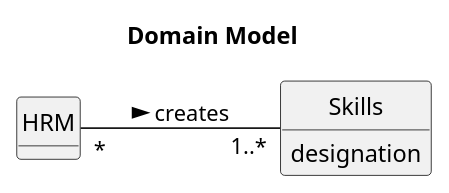
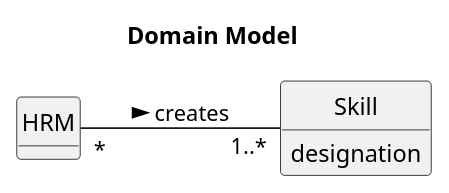
Before and after one commit to ricardomm7/leaflink: the diagram in docs/sprintA/us001/02.analysis/puml/us001-domain-model.puml, drawn with PlantUML. The commit also changed 3 other files, not shown here.

```diff
--- a/docs/sprintA/us001/02.analysis/puml/us001-domain-model.puml
+++ b/docs/sprintA/us001/02.analysis/puml/us001-domain-model.puml
@@ -1,22 +1,22 @@
 @startuml
 skinparam monochrome true
 skinparam packageStyle rectangle
 skinparam shadowing false
 
 left to right direction
 
 skinparam classAttributeIconSize 0
 
 hide circle
 hide methods
 
 title Domain Model
 class HRM {
 
 }
-class Skills {
+class Skill {
     designation
 }
 
-HRM "*" -- "1..*" Skills : creates >
+HRM "*" -- "1..*" Skill : creates >
 @enduml
```
